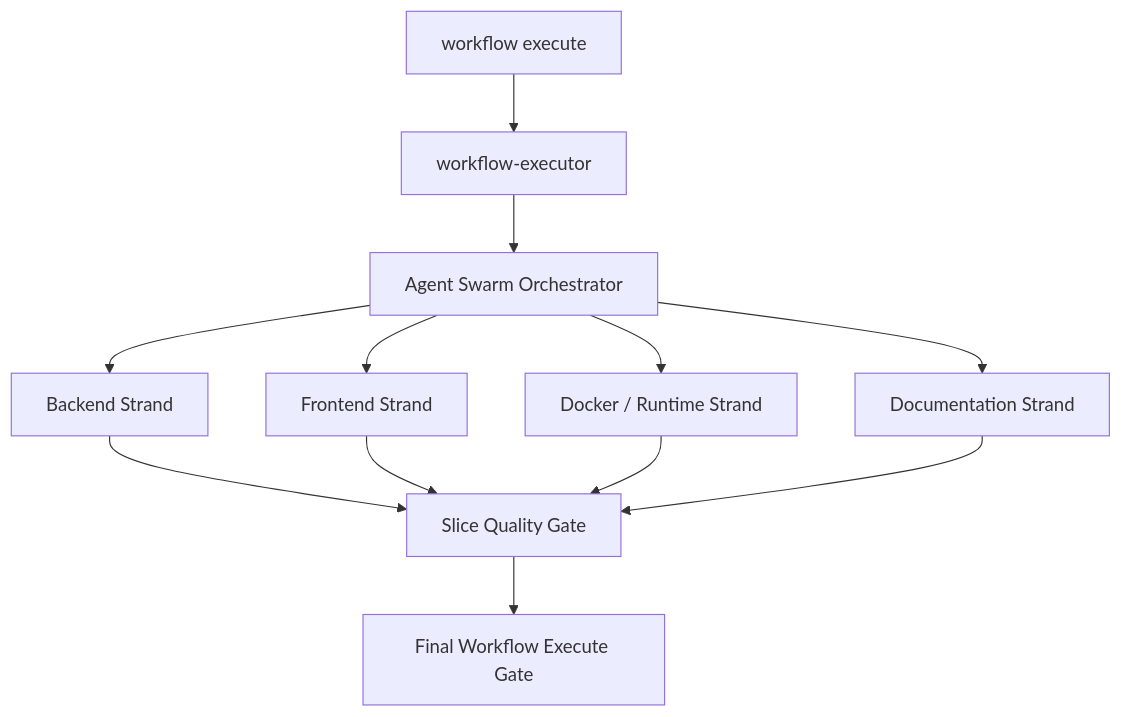
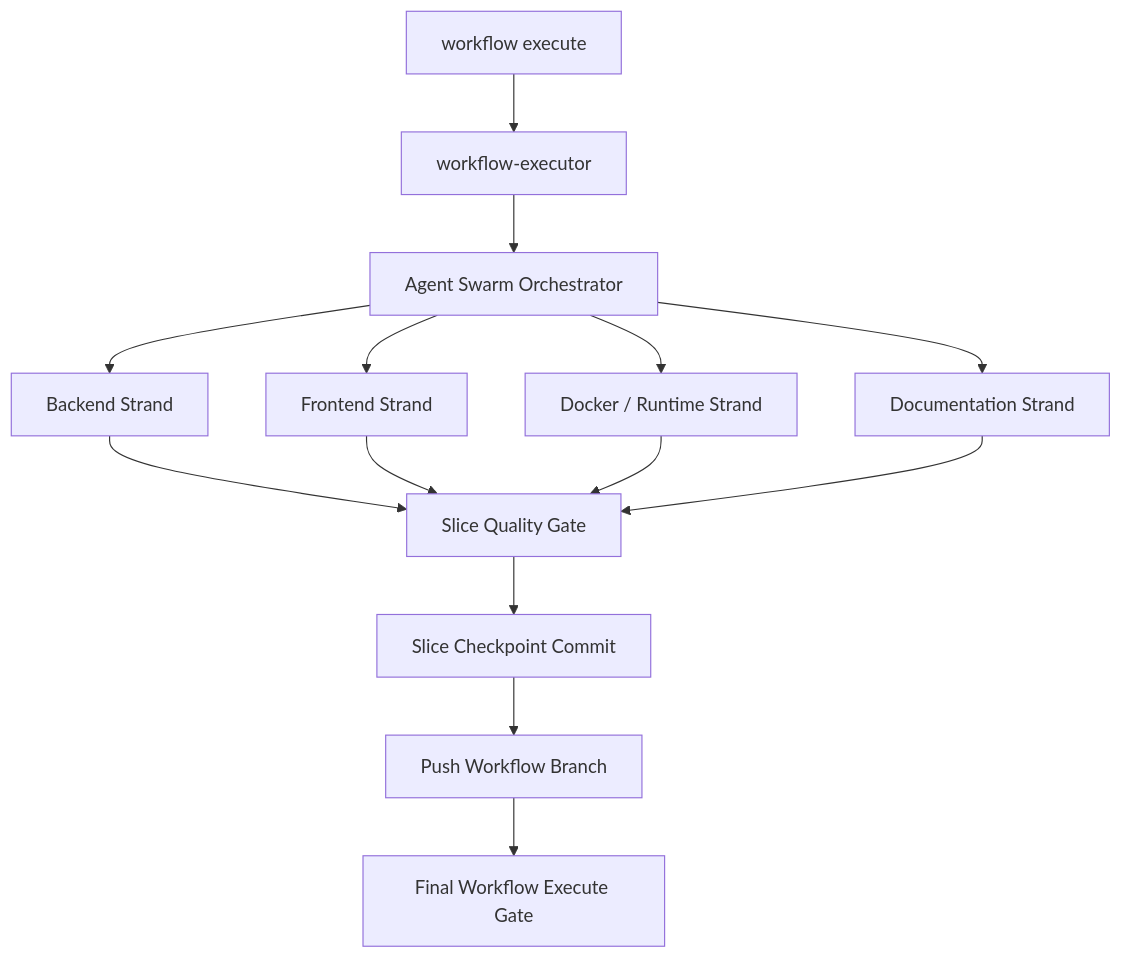
The fourth of 4 diagrams in docs/agents/organigramm.md (MatthiasBurger-Coder/forensic_analytics), drawn with Mermaid before and after one commit. The commit also changed other lines of this file and 13 other files, not shown here.

Commit message:
docs(workflow): require slice checkpoint commits

````diff
--- a/docs/agents/organigramm.md
+++ b/docs/agents/organigramm.md
@@ -112,19 +112,21 @@
 ```mermaid
 flowchart TD
   WE["workflow execute"]
   Executor["workflow-executor"]
   Orchestrator["Agent Swarm Orchestrator"]
   Backend["Backend Strand"]
   Frontend["Frontend Strand"]
   Runtime["Docker / Runtime Strand"]
   Docs["Documentation Strand"]
   SliceGate["Slice Quality Gate"]
+  CheckpointCommit["Slice Checkpoint Commit"]
+  CheckpointPush["Push Workflow Branch"]
   FinalGate["Final Workflow Execute Gate"]
 
   WE --> Executor --> Orchestrator
   Orchestrator --> Backend --> SliceGate
   Orchestrator --> Frontend --> SliceGate
   Orchestrator --> Runtime --> SliceGate
   Orchestrator --> Docs --> SliceGate
-  SliceGate --> FinalGate
+  SliceGate --> CheckpointCommit --> CheckpointPush --> FinalGate
 ```
````
